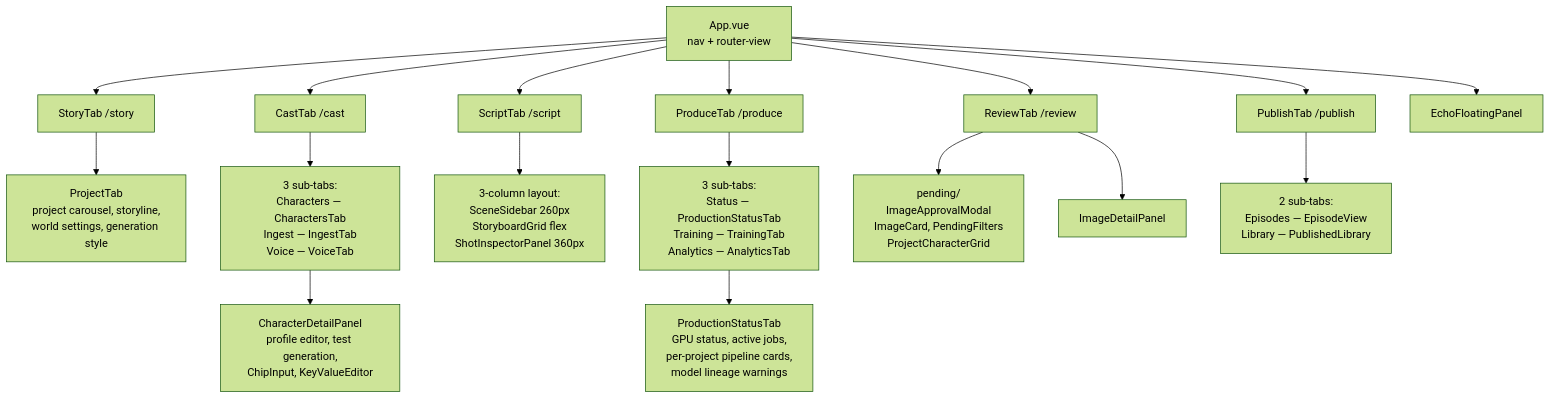
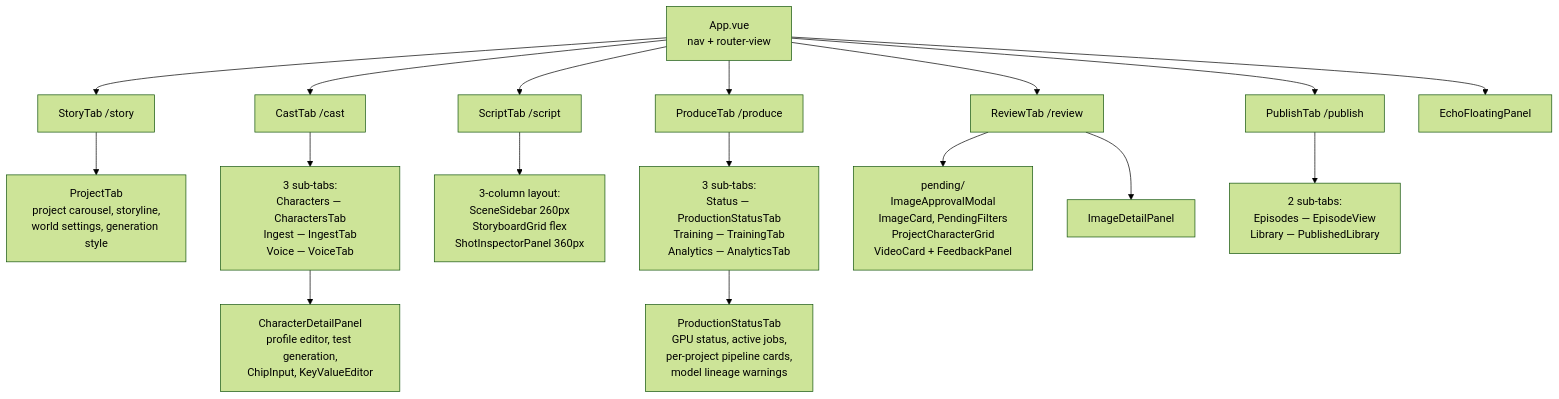
Before and after one commit to pvestal/tower-anime-production: diagram 11 of 19 in ARCHITECTURE.md, drawn with Mermaid (forest theme). The commit also changed other lines of this file and 1 other file, not shown here.

First line of the commit message:
Update architecture docs: feedback loop, QC pipeline, effectiveness tracking

````diff
--- a/ARCHITECTURE.md
+++ b/ARCHITECTURE.md
@@ -542,21 +618,21 @@
 ```mermaid
 graph TD
     APP[App.vue<br/>nav + router-view] --> STORY[StoryTab /story]
     APP --> CAST[CastTab /cast]
     APP --> SCRIPT[ScriptTab /script]
     APP --> PRODUCE[ProduceTab /produce]
     APP --> REVIEW[ReviewTab /review]
     APP --> PUBLISH[PublishTab /publish]
     APP --> ECHO_PANEL[EchoFloatingPanel]
 
     STORY --> PROJ_SUB[ProjectTab<br/>project carousel, storyline,<br/>world settings, generation style]
     CAST --> CAST_SUB[3 sub-tabs:<br/>Characters — CharactersTab<br/>Ingest — IngestTab<br/>Voice — VoiceTab]
     CAST_SUB --> CHAR_DETAIL[CharacterDetailPanel<br/>profile editor, test generation,<br/>ChipInput, KeyValueEditor]
     SCRIPT --> SCRIPT_SUB[3-column layout:<br/>SceneSidebar 260px<br/>StoryboardGrid flex<br/>ShotInspectorPanel 360px]
     PRODUCE --> PRODUCE_SUB[3 sub-tabs:<br/>Status — ProductionStatusTab<br/>Training — TrainingTab<br/>Analytics — AnalyticsTab]
     PRODUCE_SUB --> STATUS[ProductionStatusTab<br/>GPU status, active jobs,<br/>per-project pipeline cards,<br/>model lineage warnings]
-    REVIEW --> PEND_SUB[pending/<br/>ImageApprovalModal<br/>ImageCard, PendingFilters<br/>ProjectCharacterGrid]
+    REVIEW --> PEND_SUB[pending/<br/>ImageApprovalModal<br/>ImageCard, PendingFilters<br/>ProjectCharacterGrid<br/>VideoCard + FeedbackPanel]
     PUBLISH --> PUB_SUB[2 sub-tabs:<br/>Episodes — EpisodeView<br/>Library — PublishedLibrary]
 
     REVIEW --> IDP[ImageDetailPanel]
 ```
````
